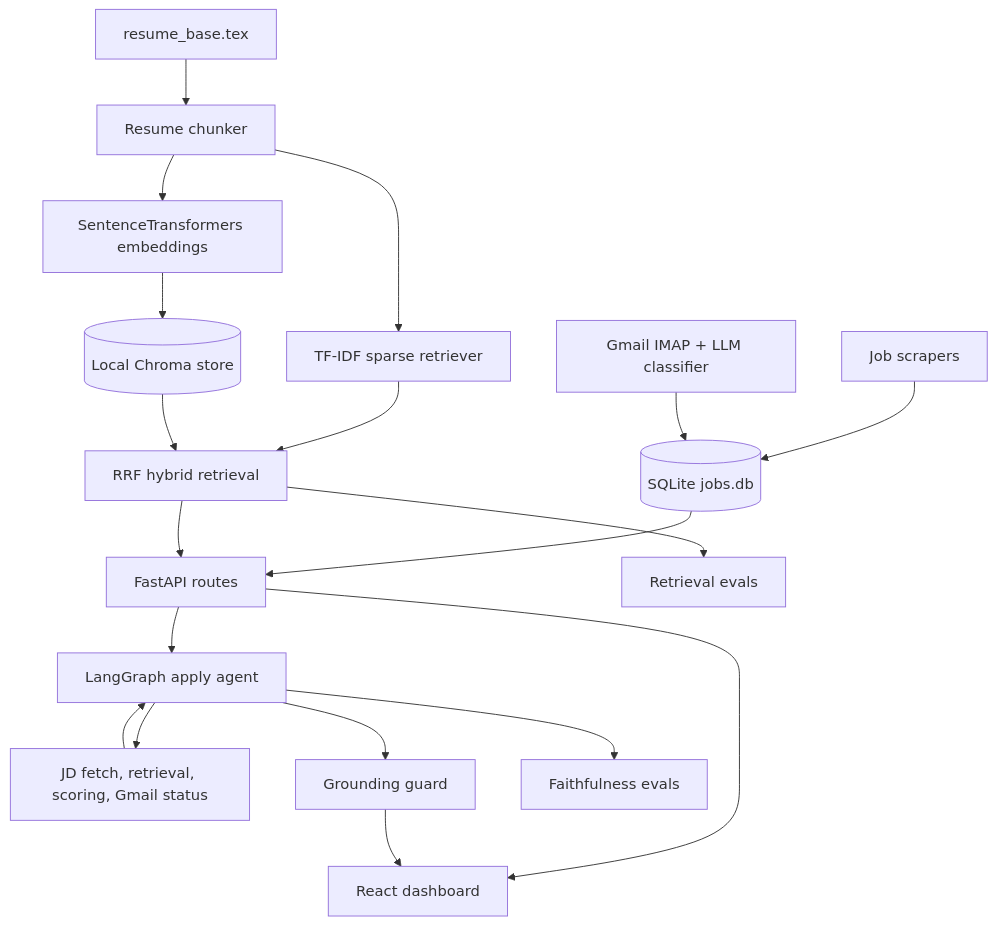
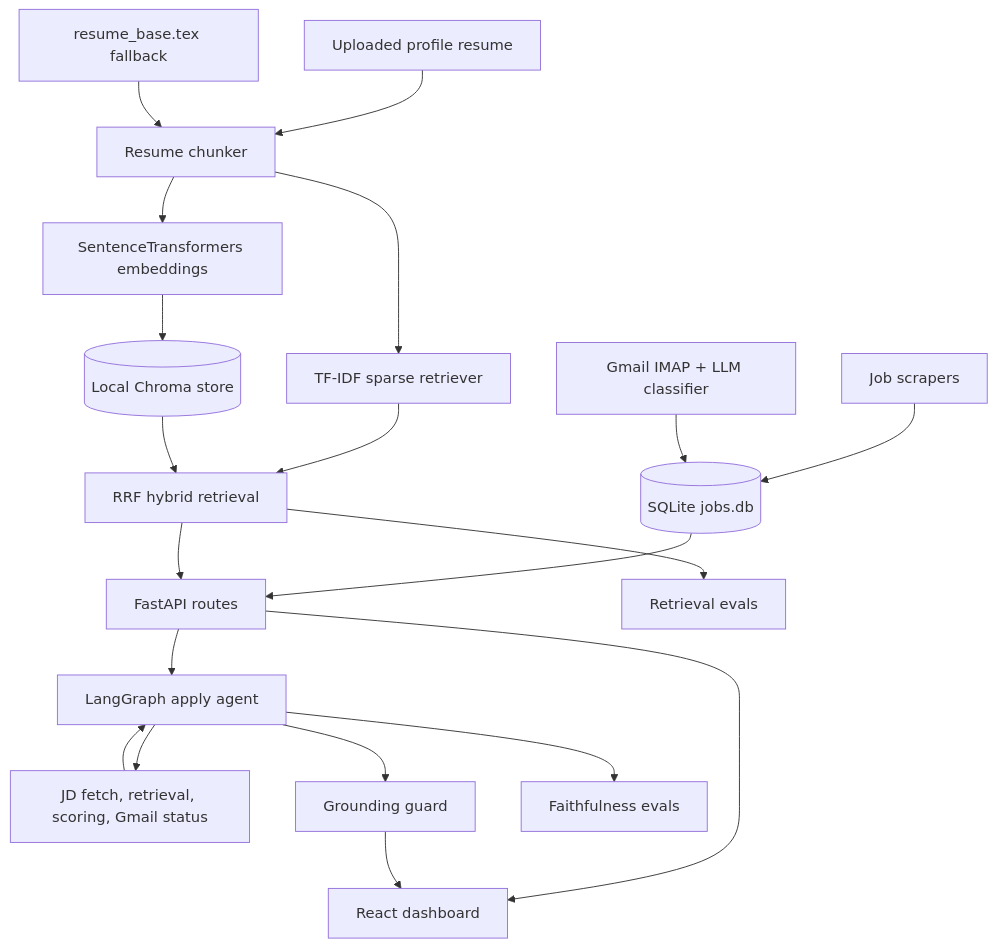
Before and after one commit to bansal28/Job-dashboard: the diagram in README.md, drawn with Mermaid. The commit also changed other lines of this file and 9 other files, not shown here.

Commit message:
Add user resume profile upload

````diff
--- a/README.md
+++ b/README.md
@@ -15,21 +16,22 @@
 ```mermaid
 flowchart TD
     Scrapers[Job scrapers] --> DB[(SQLite jobs.db)]
     Gmail[Gmail IMAP + LLM classifier] --> DB
-    Resume[resume_base.tex] --> Chunker[Resume chunker]
+    Profile[Uploaded profile resume] --> Chunker[Resume chunker]
+    Resume[resume_base.tex fallback] --> Chunker
     Chunker --> Sparse[TF-IDF sparse retriever]
     Chunker --> Dense[SentenceTransformers embeddings]
     Dense --> Chroma[(Local Chroma store)]
     Sparse --> RRF[RRF hybrid retrieval]
     Chroma --> RRF
     DB --> FastAPI[FastAPI routes]
     RRF --> FastAPI
     FastAPI --> React[React dashboard]
     FastAPI --> Agent[LangGraph apply agent]
     Agent --> Tools[JD fetch, retrieval, scoring, Gmail status]
     Tools --> Agent
     Agent --> Guard[Grounding guard]
     Guard --> React
     RRF --> Evals[Retrieval evals]
     Agent --> GenEvals[Faithfulness evals]
 ```
````
